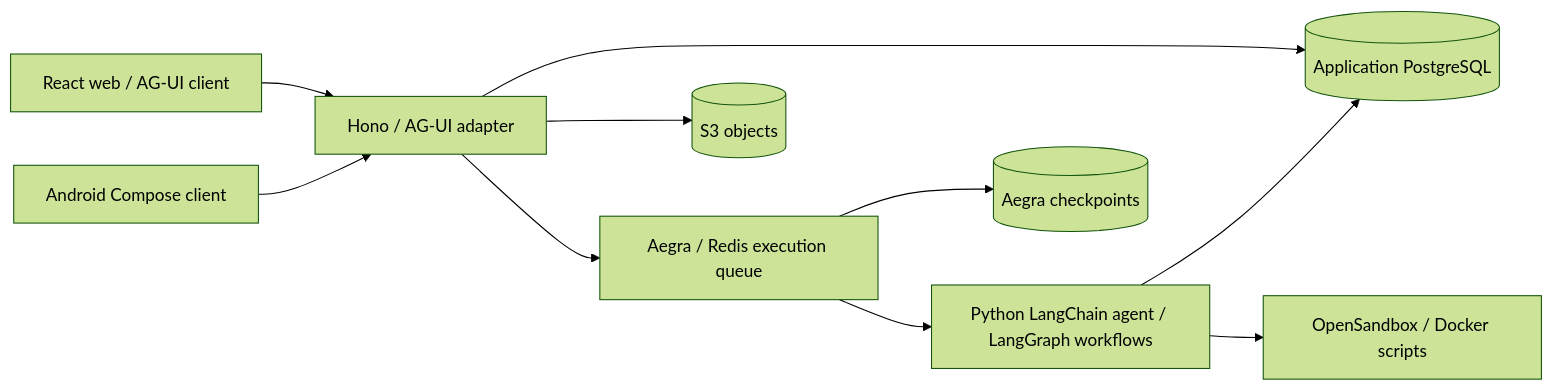
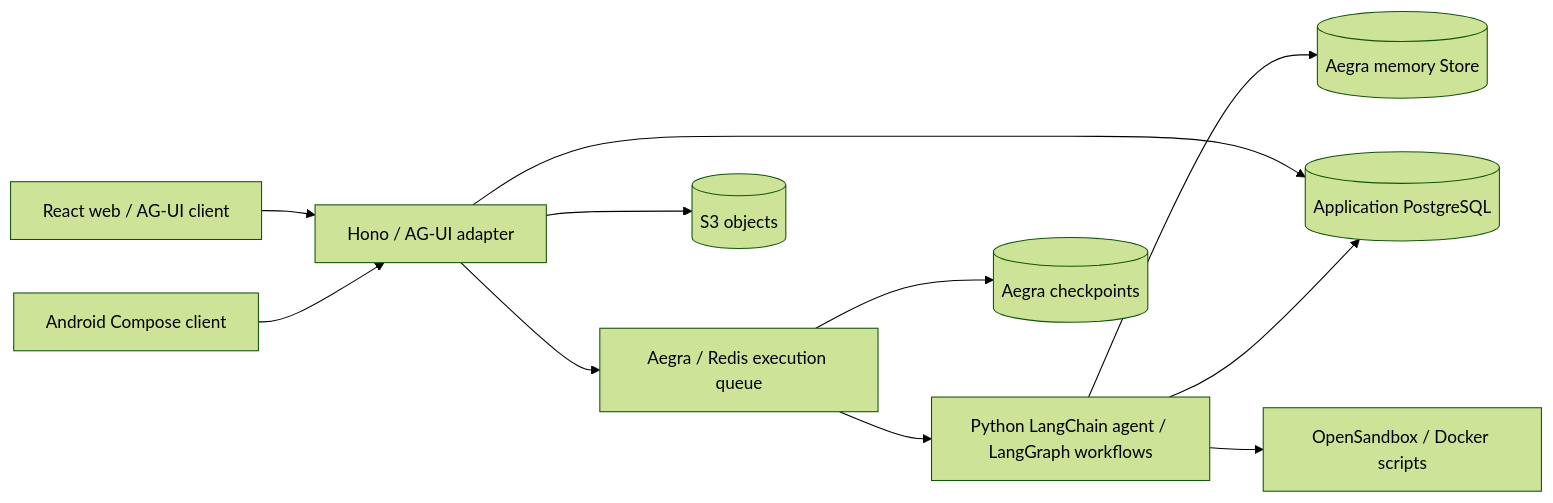
The diagram in docs/architecture.md (by291/agent-playground), drawn with Mermaid (forest theme) before and after one commit. The commit also changed other lines of this file and 46 other files, not shown here.

Commit message:
feat: add default cross-conversation agent memory

````diff
--- a/docs/architecture.md
+++ b/docs/architecture.md
@@ -7,12 +7,13 @@
 ```mermaid
 flowchart LR
     Web[React web / AG-UI client] --> Server[Hono / AG-UI adapter]
     Android[Android Compose client] --> Server
     Server --> Aegra[Aegra / Redis execution queue]
     Aegra --> Agent[Python LangChain agent / LangGraph workflows]
     Aegra --> Checkpoints[(Aegra checkpoints)]
+    Agent --> Memory[(Aegra memory Store)]
     Server --> AppDB[(Application PostgreSQL)]
     Agent --> AppDB
     Server --> S3[(S3 objects)]
     Agent --> Sandbox[OpenSandbox / Docker scripts]
 ```
````
